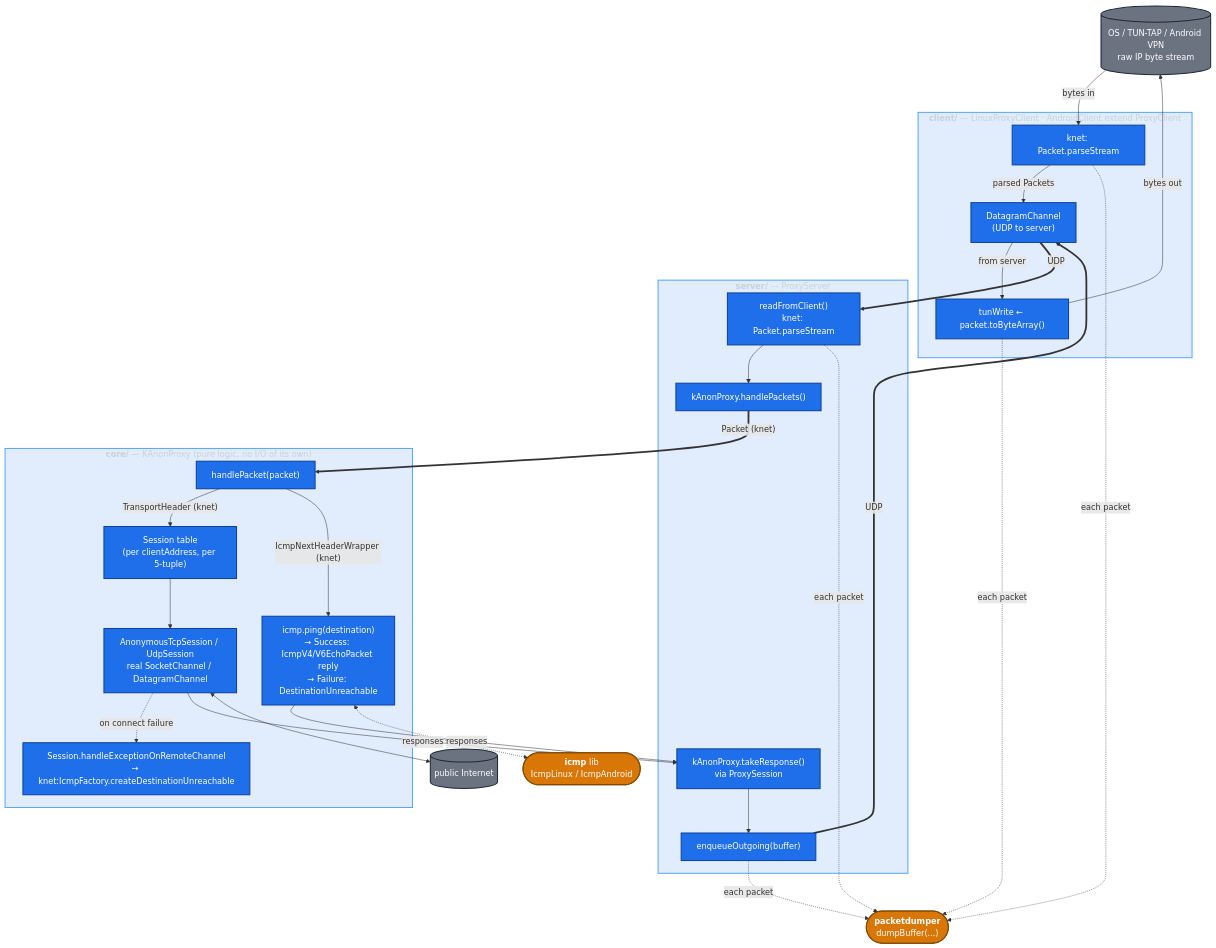
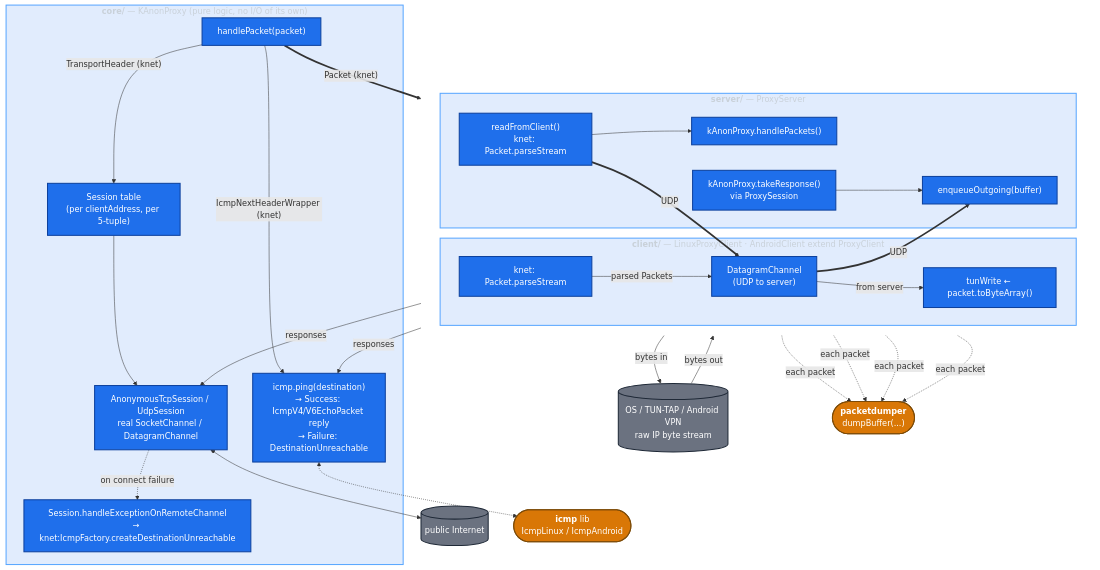
The second of 2 diagrams in docs/architecture.md (compscidr/kanonproxy), drawn with Mermaid before and after one commit. The commit also changed other lines of this file, not shown here.

Commit message:
Reorient data-flow diagram: core on top, server + client below
Restructures the per-module Mermaid diagram so core sits at the top
and server / client sit side-by-side beneath it (wrapped in an
invisible LR subgraph to force horizontal pairing). Edge directions
were flipped accordingly to push core to the top rank in dagre layout;
added a note that arrow direction here describes layout, not data
flow (every edge is bidirectional in practice).

````diff
--- a/docs/architecture.md
+++ b/docs/architecture.md
@@ -55,61 +55,71 @@
 ```mermaid
-flowchart TD
-    os[("OS / TUN-TAP / Android VPN<br/>raw IP byte stream")]
-
-    subgraph clientMod["<b>client/</b> — LinuxProxyClient · AndroidClient extend ProxyClient"]
-        cParse["knet: Packet.parseStream"]
-        cChan["DatagramChannel<br/>(UDP to server)"]
-        cWrite["tunWrite ← packet.toByteArray()"]
-        cParse -- "parsed Packets" --> cChan
-        cChan -- "from server" --> cWrite
-    end
-
-    subgraph serverMod["<b>server/</b> — ProxyServer"]
-        sRead["readFromClient()<br/>knet: Packet.parseStream"]
-        sHandle["kAnonProxy.handlePackets()"]
-        sTake["kAnonProxy.takeResponse()<br/>via ProxySession"]
-        sOut["enqueueOutgoing(buffer)"]
-        sRead --> sHandle
-        sTake --> sOut
-    end
-
+flowchart TB
     subgraph coreMod["<b>core/</b> — KAnonProxy (pure logic, no I/O of its own)"]
         kHandle["handlePacket(packet)"]
         kSess["Session table<br/>(per clientAddress, per 5-tuple)"]
         kTcpUdp["AnonymousTcpSession / UdpSession<br/>real SocketChannel / DatagramChannel"]
         kIcmp["icmp.ping(destination)<br/>→ Success: IcmpV4/V6EchoPacket reply<br/>→ Failure: DestinationUnreachable"]
         kErr["Session.handleExceptionOnRemoteChannel<br/>→ knet:IcmpFactory.createDestinationUnreachable"]
         kHandle -- "TransportHeader (knet)" --> kSess --> kTcpUdp
         kHandle -- "IcmpNextHeaderWrapper (knet)" --> kIcmp
         kTcpUdp -.->|on connect failure| kErr
     end
 
+    subgraph midRow[" "]
+        direction LR
+        subgraph clientMod["<b>client/</b> — LinuxProxyClient · AndroidClient extend ProxyClient"]
+            cParse["knet: Packet.parseStream"]
+            cChan["DatagramChannel<br/>(UDP to server)"]
+            cWrite["tunWrite ← packet.toByteArray()"]
+            cParse -- "parsed Packets" --> cChan
+            cChan -- "from server" --> cWrite
+        end
+        subgraph serverMod["<b>server/</b> — ProxyServer"]
+            sRead["readFromClient()<br/>knet: Packet.parseStream"]
+            sHandle["kAnonProxy.handlePackets()"]
+            sTake["kAnonProxy.takeResponse()<br/>via ProxySession"]
+            sOut["enqueueOutgoing(buffer)"]
+            sRead --> sHandle
+            sTake --> sOut
+        end
+    end
+
+    os[("OS / TUN-TAP / Android VPN<br/>raw IP byte stream")]
+    inet[("public Internet")]
     pdLib(["<b>packetdumper</b><br/>dumpBuffer(...)"])
     icmpLib(["<b>icmp</b> lib<br/>IcmpLinux / IcmpAndroid"])
-    inet[("public Internet")]
 
-    os -- "bytes in" --> cParse
-    cWrite -- "bytes out" --> os
-    cChan == "UDP" ==> sRead
-    sOut == "UDP" ==> cChan
-    sHandle == "Packet (knet)" ==> kHandle
-    kTcpUdp -- "responses" --> sTake
-    kIcmp -- "responses" --> sTake
+    %% core ↔ server
+    kHandle == "Packet (knet)" ==> sHandle
+    sTake -- "responses" --> kTcpUdp
+    sTake -- "responses" --> kIcmp
 
+    %% server ↔ client (UDP)
+    sRead == "UDP" ==> cChan
+    cChan == "UDP" ==> sOut
+
+    %% client ↔ OS
+    cParse -- "bytes in" --> os
+    os -- "bytes out" --> cWrite
+
+    %% core ↔ external services
     kTcpUdp <--> inet
     kIcmp <-.-> icmpLib
 
+    %% Packetdumper hooks (each packet on read/write)
     cParse -.->|each packet| pdLib
     cWrite -.->|each packet| pdLib
     sRead -.->|each packet| pdLib
     sOut -.->|each packet| pdLib
 
     classDef ext fill:#d97706,stroke:#7c4a06,stroke-width:2px,color:#ffffff;
     classDef io fill:#6b7280,stroke:#1f2937,stroke-width:2px,color:#ffffff;
     classDef node fill:#1f6feb,stroke:#0d419d,stroke-width:2px,color:#ffffff;
     classDef group fill:#1f6feb22,stroke:#58a6ff,stroke-width:2px,color:#c9d1d9;
+    classDef invisGroup fill:transparent,stroke:transparent;
     class pdLib,icmpLib ext;
     class os,inet io;
     class cParse,cChan,cWrite,sRead,sHandle,sTake,sOut,kHandle,kSess,kTcpUdp,kIcmp,kErr node;
     class clientMod,serverMod,coreMod group;
+    class midRow invisGroup;
 ```
````
